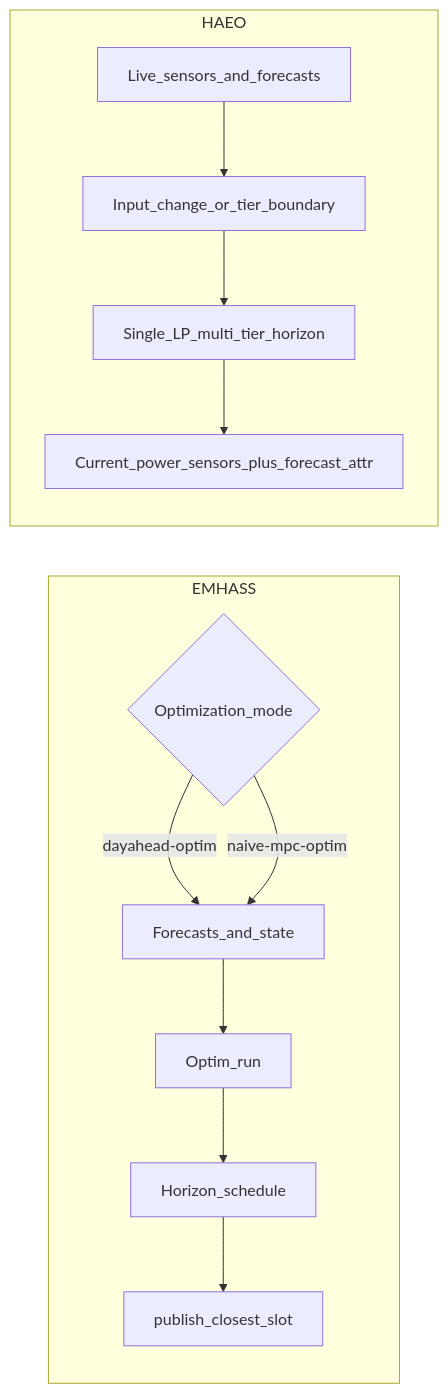
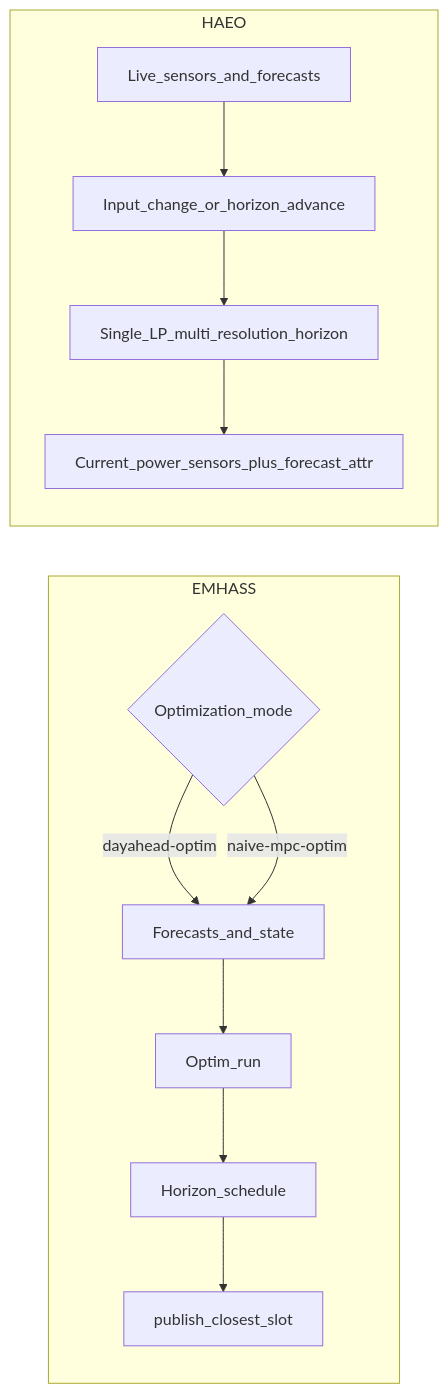
One commit to hass-energy/haeo changed the diagram in docs/user-guide/alternatives.md. Above: the diagram before and after it, drawn with Mermaid. The commit also changed other lines of this file and 69 other files, not shown here.

````diff
--- a/docs/user-guide/alternatives.md
+++ b/docs/user-guide/alternatives.md
@@ -33,20 +33,20 @@
 ```mermaid
 flowchart LR
   subgraph emhassFlow [EMHASS]
     Mode{Optimization_mode}
     Inputs[Forecasts_and_state]
     Optim[Optim_run]
     Schedule[Horizon_schedule]
     Publish[publish_closest_slot]
     Mode -->|dayahead-optim| Inputs
     Mode -->|naive-mpc-optim| Inputs
     Inputs --> Optim --> Schedule --> Publish
   end
   subgraph haeoFlow [HAEO]
     Live[Live_sensors_and_forecasts]
-    Trigger[Input_change_or_tier_boundary]
-    Solve[Single_LP_multi_tier_horizon]
+    Trigger[Input_change_or_horizon_advance]
+    Solve[Single_LP_multi_resolution_horizon]
     Now[Current_power_sensors_plus_forecast_attr]
     Live --> Trigger --> Solve --> Now
   end
 ```
````
